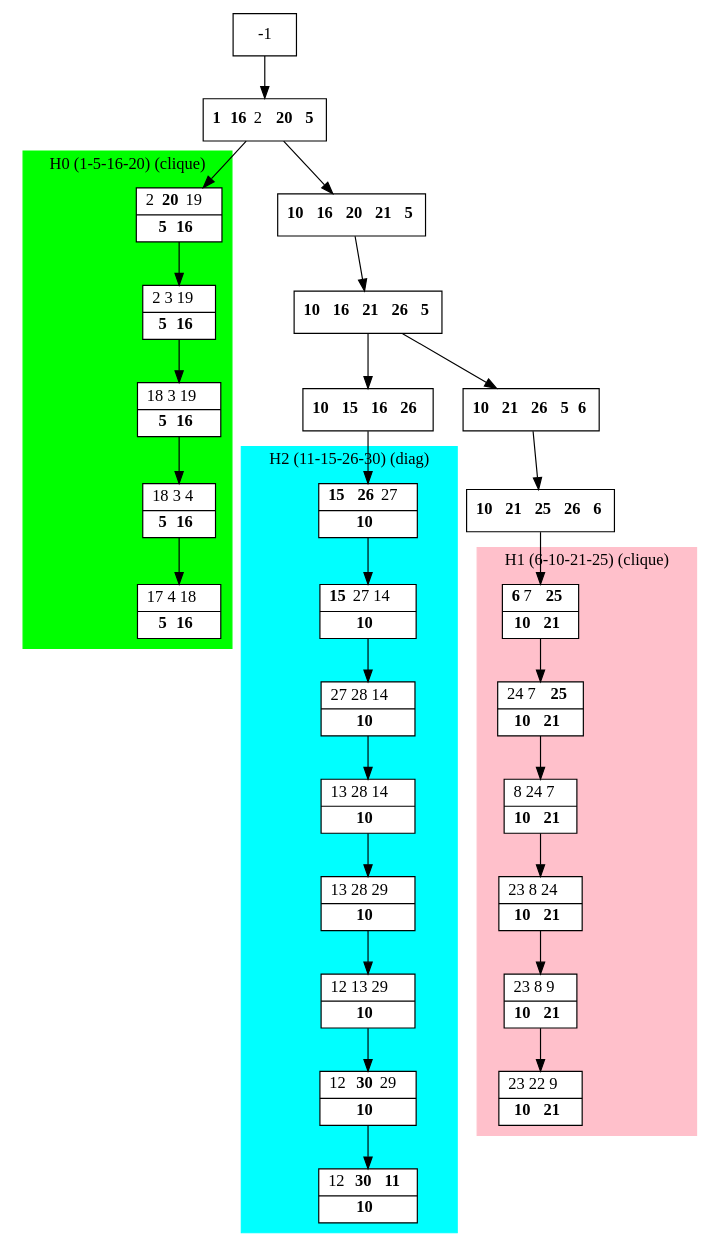
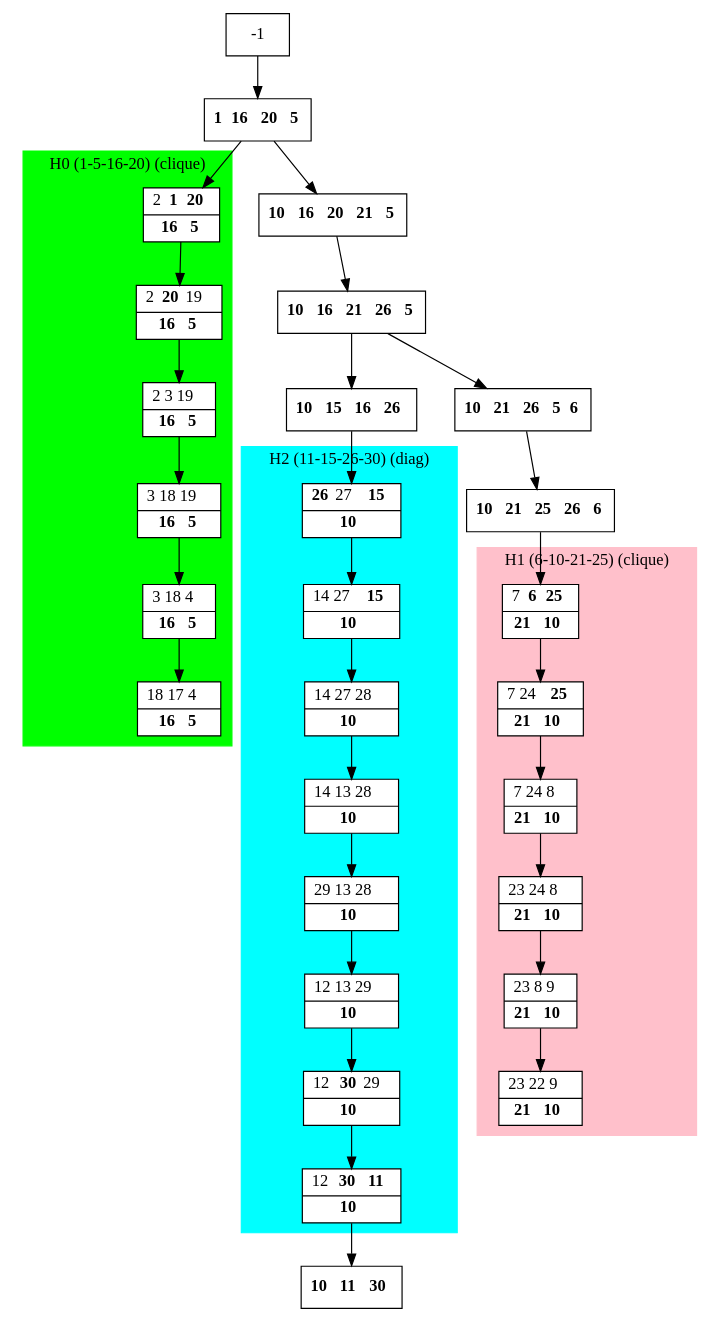
One commit to bmarchand/auto-dp changed the diagram in results/dot_files/processed_L.dot. Above: the diagram before and after it, drawn with Graphviz. The commit also changed 31 other files, not shown here.

```diff
--- a/results/dot_files/processed_L.dot
+++ b/results/dot_files/processed_L.dot
@@ -1,61 +1,64 @@
 digraph G {
     node [shape=box];
     subgraph cluster0 {
         node [style=filled,fillcolor=white];
         labeljust="l";
         style=filled;
         color=lime;
-        H0_1 -> H0_2 -> H0_3 -> H0_4 -> H0_5;
+        H0_0 -> H0_1 -> H0_2 -> H0_3 -> H0_4 -> H0_5;
         label="H0 (1-5-16-20) (clique)";
     }
     subgraph cluster1 {
         node [style=filled,fillcolor=white];
         labeljust="l";
         style=filled;
         color=pink;
         H1_0 -> H1_1 -> H1_2 -> H1_3 -> H1_4 -> H1_5;
         label="H1 (6-10-21-25) (clique)";
     }
     subgraph cluster2 {
         node [style=filled,fillcolor=white];
         labeljust="l";
         style=filled;
         color=cyan;
         H2_7 -> H2_6 -> H2_5 -> H2_4 -> H2_3 -> H2_2 -> H2_1 -> H2_0;
         label="H2 (11-15-26-30) (diag)";
     }
-     1 [shape=record,label= <{ <b>1</b> <b>16</b> 2 <b>20</b> <b>5</b>}> ];
+     1 [shape=record,label= <{ <b>1</b> <b>16</b> <b>20</b> <b>5</b>}> ];
      -1  ->  1;
-     H0_1 [shape=record,label= <{ 2 <b>20</b> 19|  <b>5</b> <b>16</b>}> ];
-     1  ->  H0_1;
-     H0_2 [shape=record,label= <{ 2 3 19|  <b>5</b> <b>16</b>}> ];
-     H0_3 [shape=record,label= <{ 18 3 19|  <b>5</b> <b>16</b>}> ];
-     H0_4 [shape=record,label= <{ 18 3 4|  <b>5</b> <b>16</b>}> ];
-     H0_5 [shape=record,label= <{ 17 4 18|  <b>5</b> <b>16</b>}> ];
+     H0_0 [shape=record,label= <{ 2 <b>1</b> <b>20</b>|  <b>16</b> <b>5</b>}> ];
+     1  ->  H0_0;
+     H0_1 [shape=record,label= <{ 2 <b>20</b> 19|  <b>16</b> <b>5</b>}> ];
+     H0_2 [shape=record,label= <{ 2 3 19|  <b>16</b> <b>5</b>}> ];
+     H0_3 [shape=record,label= <{ 3 18 19|  <b>16</b> <b>5</b>}> ];
+     H0_4 [shape=record,label= <{ 3 18 4|  <b>16</b> <b>5</b>}> ];
+     H0_5 [shape=record,label= <{ 18 17 4|  <b>16</b> <b>5</b>}> ];
      18 [shape=record,label= <{ <b>10</b> <b>16</b> <b>20</b> <b>21</b> <b>5</b>}> ];
      1  ->  18;
      16 [shape=record,label= <{ <b>10</b> <b>16</b> <b>21</b> <b>26</b> <b>5</b>}> ];
      18  ->  16;
      9 [shape=record,label= <{ <b>10</b> <b>21</b> <b>26</b> <b>5</b> <b>6</b>}> ];
      16  ->  9;
      11 [shape=record,label= <{ <b>10</b> <b>21</b> <b>25</b> <b>26</b> <b>6</b>}> ];
      9  ->  11;
-     H1_0 [shape=record,label= <{ <b>6</b> 7 <b>25</b>|  <b>10</b> <b>21</b>}> ];
+     H1_0 [shape=record,label= <{ 7 <b>6</b> <b>25</b>|  <b>21</b> <b>10</b>}> ];
      11  ->  H1_0;
-     H1_1 [shape=record,label= <{ 24 7 <b>25</b>|  <b>10</b> <b>21</b>}> ];
-     H1_2 [shape=record,label= <{ 8 24 7|  <b>10</b> <b>21</b>}> ];
-     H1_3 [shape=record,label= <{ 23 8 24|  <b>10</b> <b>21</b>}> ];
-     H1_4 [shape=record,label= <{ 23 8 9|  <b>10</b> <b>21</b>}> ];
-     H1_5 [shape=record,label= <{ 23 22 9|  <b>10</b> <b>21</b>}> ];
+     H1_1 [shape=record,label= <{ 7 24 <b>25</b>|  <b>21</b> <b>10</b>}> ];
+     H1_2 [shape=record,label= <{ 7 24 8|  <b>21</b> <b>10</b>}> ];
+     H1_3 [shape=record,label= <{ 23 24 8|  <b>21</b> <b>10</b>}> ];
+     H1_4 [shape=record,label= <{ 23 8 9|  <b>21</b> <b>10</b>}> ];
+     H1_5 [shape=record,label= <{ 23 22 9|  <b>21</b> <b>10</b>}> ];
      17 [shape=record,label= <{ <b>10</b> <b>15</b> <b>16</b> <b>26</b>}> ];
      16  ->  17;
-     H2_7 [shape=record,label= <{ <b>15</b> <b>26</b> 27|  <b>10</b>}> ];
+     H2_7 [shape=record,label= <{ <b>26</b> 27 <b>15</b>|  <b>10</b>}> ];
      17  ->  H2_7;
-     H2_6 [shape=record,label= <{ <b>15</b> 27 14|  <b>10</b>}> ];
-     H2_5 [shape=record,label= <{ 27 28 14|  <b>10</b>}> ];
-     H2_4 [shape=record,label= <{ 13 28 14|  <b>10</b>}> ];
-     H2_3 [shape=record,label= <{ 13 28 29|  <b>10</b>}> ];
+     H2_6 [shape=record,label= <{ 14 27 <b>15</b>|  <b>10</b>}> ];
+     H2_5 [shape=record,label= <{ 14 27 28|  <b>10</b>}> ];
+     H2_4 [shape=record,label= <{ 14 13 28|  <b>10</b>}> ];
+     H2_3 [shape=record,label= <{ 29 13 28|  <b>10</b>}> ];
      H2_2 [shape=record,label= <{ 12 13 29|  <b>10</b>}> ];
      H2_1 [shape=record,label= <{ 12 <b>30</b> 29|  <b>10</b>}> ];
      H2_0 [shape=record,label= <{ 12 <b>30</b> <b>11</b>|  <b>10</b>}> ];
+     24 [shape=record,label= <{ <b>10</b> <b>11</b> <b>30</b>}> ];
+     H2_0  ->  24;
 }
```
